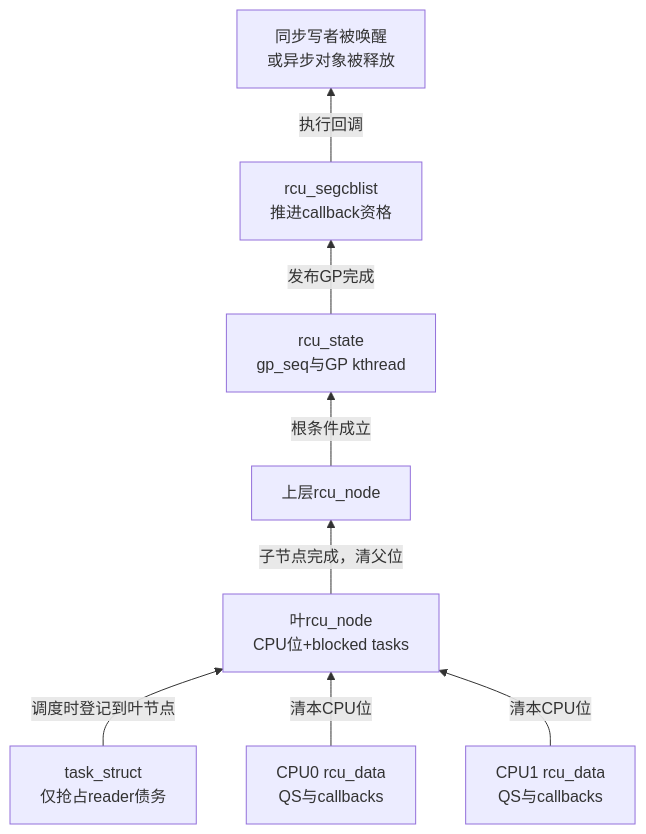
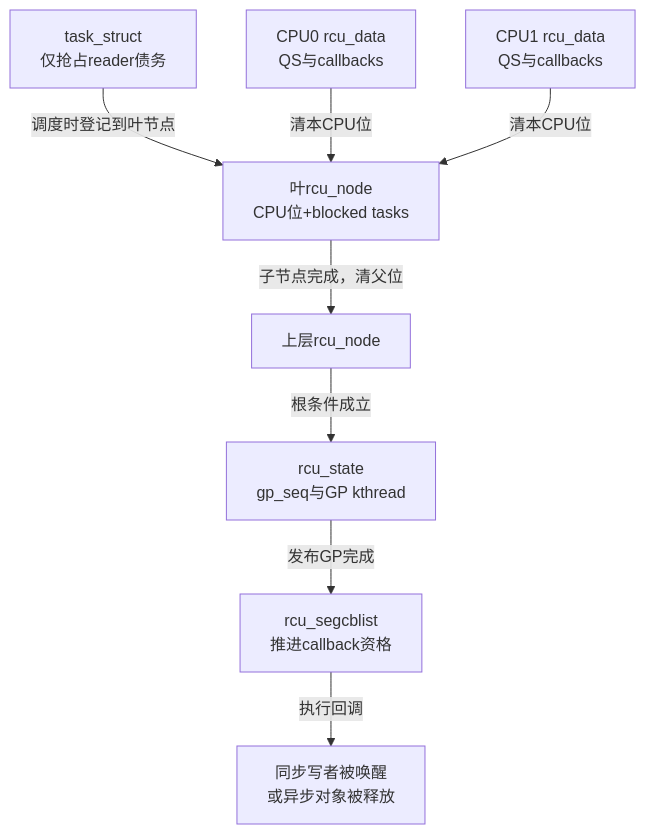
The second of 3 diagrams in knowledge/linux/synchronization_and_asynchrony/synchronization/rcu/P05_Tree_RCU_公共骨架与完整周期.md (FormingSystem/linux_note), drawn with Mermaid before and after one commit. The commit also changed other lines of this file and 2 other files, not shown here.

Commit message:
content(knowledge/rcu): 对齐公共周期与读侧债务证明

````diff
--- a/knowledge/linux/synchronization_and_asynchrony/synchronization/rcu/P05_Tree_RCU_公共骨架与完整周期.md
+++ b/knowledge/linux/synchronization_and_asynchrony/synchronization/rcu/P05_Tree_RCU_公共骨架与完整周期.md
@@ -96,10 +101,10 @@
 ```mermaid
-flowchart BT
+flowchart TB
     T["task_struct<br/>仅抢占reader债务"] -->|"调度时登记到叶节点"| N0["叶rcu_node<br/>CPU位+blocked tasks"]
     C0["CPU0 rcu_data<br/>QS与callbacks"] -->|"清本CPU位"| N0
     C1["CPU1 rcu_data<br/>QS与callbacks"] -->|"清本CPU位"| N0
     N0 -->|"子节点完成，清父位"| N1["上层rcu_node"]
     N1 -->|"根条件成立"| G["rcu_state<br/>gp_seq与GP kthread"]
-    G -->|"发布GP完成"| CB["rcu_segcblist<br/>推进callback资格"]
-    CB -->|"执行回调"| W["同步写者被唤醒<br/>或异步对象被释放"]
+    G -->|"发布GP完成"| callback_queue["rcu_segcblist<br/>推进callback资格"]
+    callback_queue -->|"执行回调"| wait_target["同步写者被唤醒<br/>或异步对象被释放"]
 ```
````
